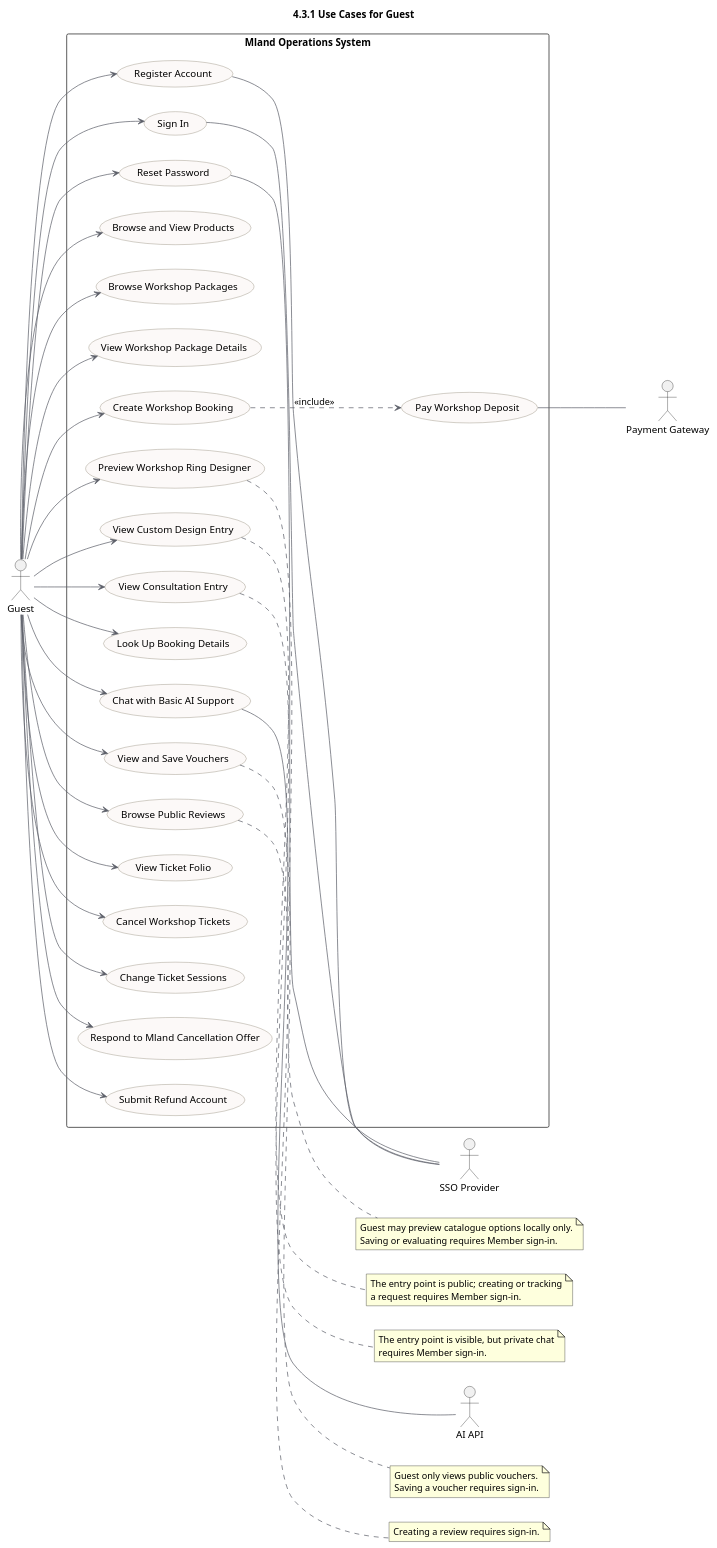
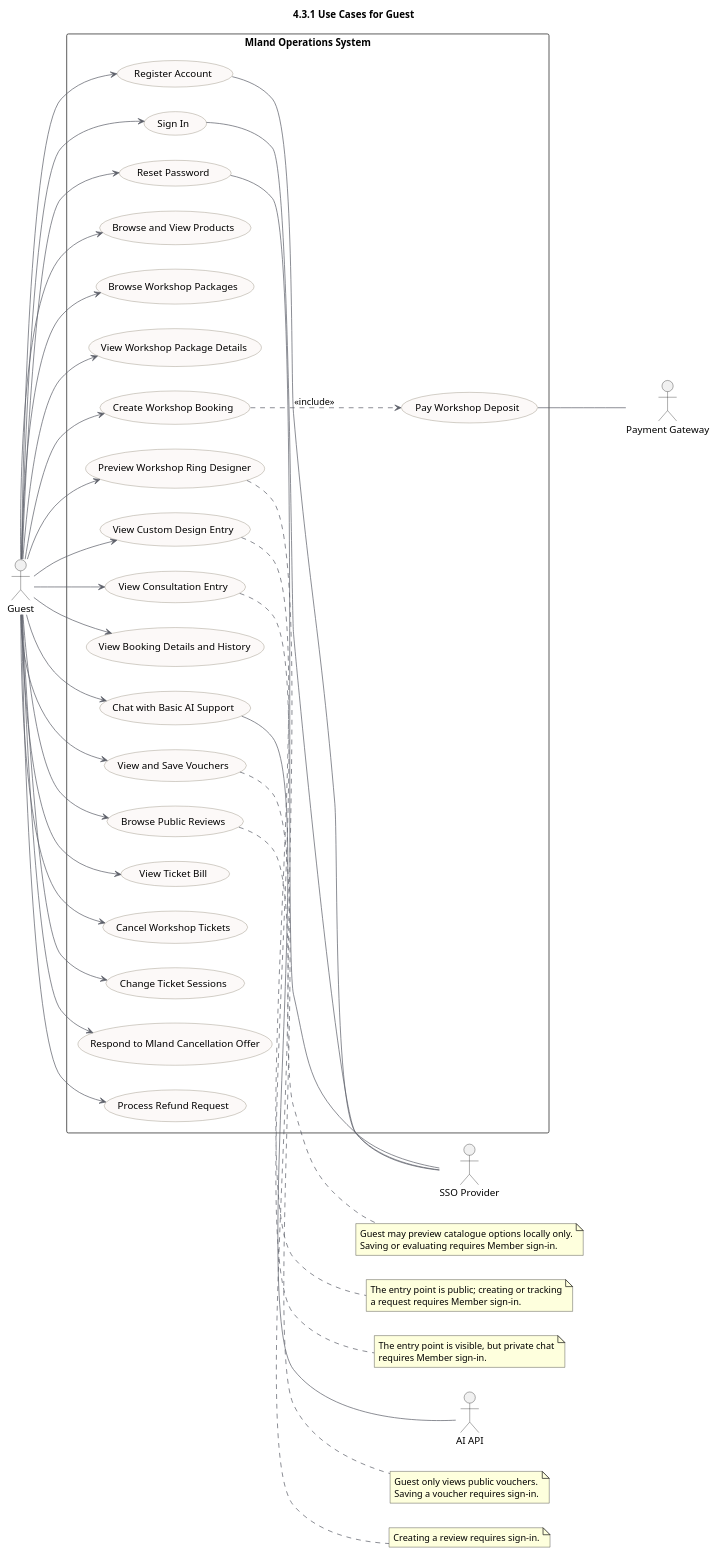
The diagram in documents/docs/report-3-software-requirement-specification/assets/diagrams/use-cases/02-guest-only.puml (quoc-ca/mland-operations-hub), drawn with PlantUML before and after one commit. The commit also changed 53 other files, not shown here.

```diff
--- a/documents/docs/report-3-software-requirement-specification/assets/diagrams/use-cases/02-guest-only.puml
+++ b/documents/docs/report-3-software-requirement-specification/assets/diagrams/use-cases/02-guest-only.puml
@@ -1,92 +1,92 @@
 @startuml
 !pragma charset UTF-8
 title 4.3.1 Use Cases for Guest
 left to right direction
 skinparam shadowing false
 skinparam usecase {
   BackgroundColor #FCF9F8
   BorderColor #807663
   ArrowColor #5B5E67
 }
 
 actor Guest
 
 actor "SSO Provider" as SSO
 actor "Payment Gateway" as Pay
 actor "AI API" as AI
 
 rectangle "Mland Operations System" {
   usecase "Register Account" as UC01
   usecase "Sign In" as UC02
   usecase "Reset Password" as UC03
   usecase "Browse and View Products" as UC10
   usecase "Browse Workshop Packages" as UC19
   usecase "View Workshop Package Details" as UC20
   usecase "Preview Workshop Ring Designer" as UC36P
   usecase "View Custom Design Entry" as UC39P
   usecase "View Consultation Entry" as UC38P
   usecase "Create Workshop Booking" as UC21
   usecase "Pay Workshop Deposit" as UC22
-  usecase "Look Up Booking Details" as UC23
+  usecase "View Booking Details and History" as UC23
   usecase "Chat with Basic AI Support" as UC33
   usecase "View and Save Vouchers" as UC47
   usecase "Browse Public Reviews" as UC74
-  usecase "View Ticket Folio" as UC77
+  usecase "View Ticket Bill" as UC77
   usecase "Cancel Workshop Tickets" as UC84
   usecase "Change Ticket Sessions" as UC85
   usecase "Respond to Mland Cancellation Offer" as UC88
-  usecase "Submit Refund Account" as UC89
+  usecase "Process Refund Request" as UC90
 }
 
 Guest --> UC01
 Guest --> UC02
 Guest --> UC03
 Guest --> UC10
 Guest --> UC19
 Guest --> UC20
 Guest --> UC36P
 Guest --> UC39P
 Guest --> UC38P
 Guest --> UC21
 Guest --> UC23
 Guest --> UC33
 Guest --> UC47
 Guest --> UC74
 Guest --> UC77
 Guest --> UC84
 Guest --> UC85
 Guest --> UC88
-Guest --> UC89
+Guest --> UC90
 
 UC21 ..> UC22 : <<include>>
 
 UC01 -- SSO
 UC02 -- SSO
 UC03 -- SSO
 UC22 -- Pay
 UC33 -- AI
 
 note right of UC47
 Guest only views public vouchers.
 Saving a voucher requires sign-in.
 end note
 
 note right of UC74
 Creating a review requires sign-in.
 end note
 
 note right of UC36P
 Guest may preview catalogue options locally only.
 Saving or evaluating requires Member sign-in.
 end note
 
 note right of UC39P
 The entry point is public; creating or tracking
 a request requires Member sign-in.
 end note
 
 note right of UC38P
 The entry point is visible, but private chat
 requires Member sign-in.
 end note
 @enduml
```
